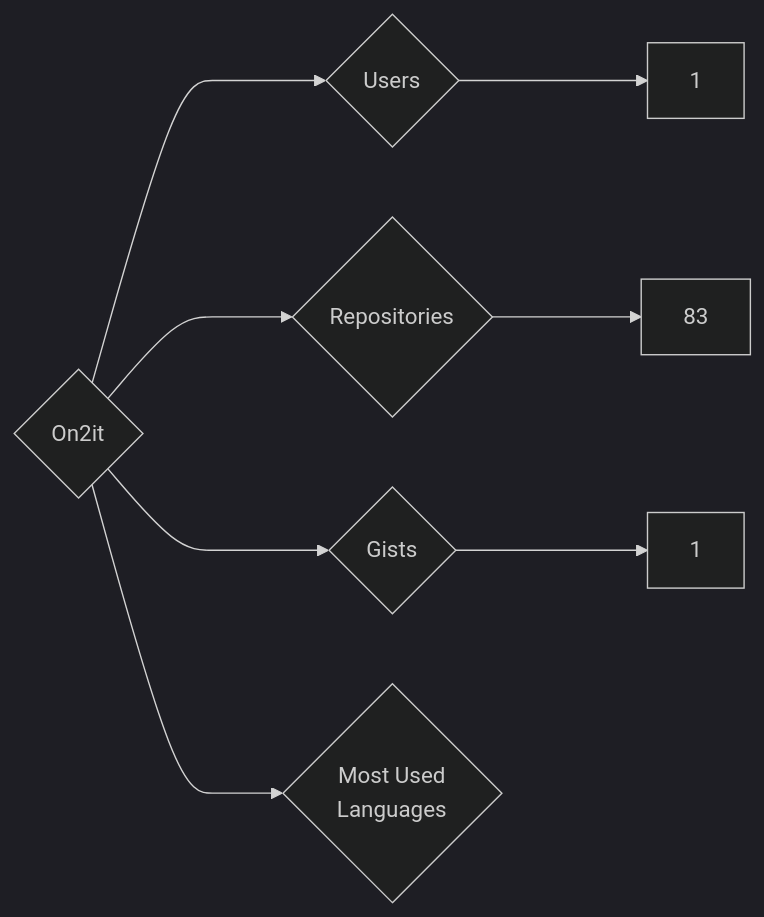
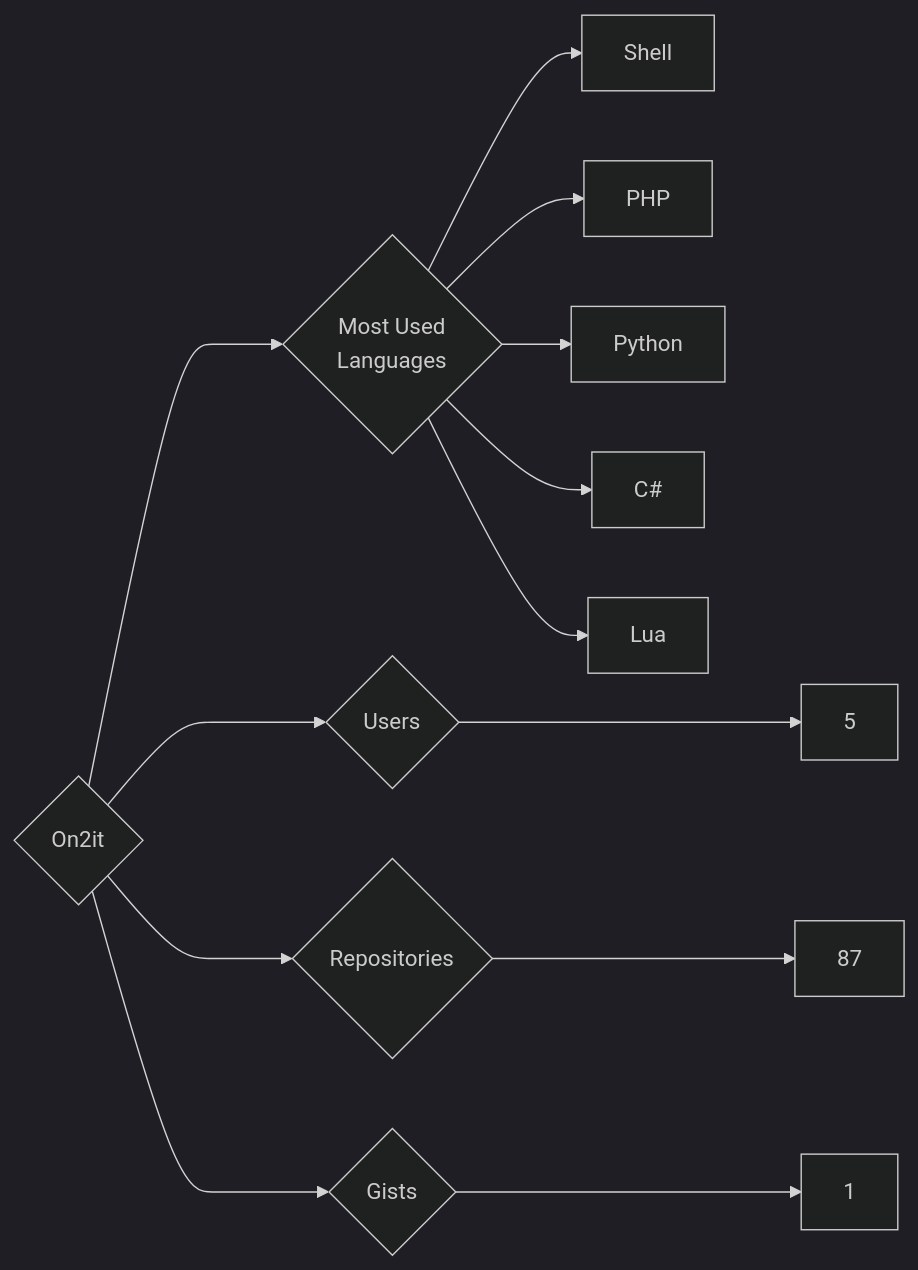
Before and after one commit to trickest/insiders: the diagram in targets/On2it/README.md, drawn with Mermaid (dark theme). The commit also changed 895 other files, not shown here.

````diff
--- a/targets/On2it/README.md
+++ b/targets/On2it/README.md
@@ -3,8 +3,13 @@
 ```mermaid
 graph LR
 COMPANY_NAME{On2it}
-COMPANY_NAME ---> U{Users} ---> UN[1]
-COMPANY_NAME ---> R{Repositories} ---> RN[83]
+COMPANY_NAME ---> U{Users} ---> UN[5]
+COMPANY_NAME ---> R{Repositories} ---> RN[87]
 COMPANY_NAME ---> G{Gists} ---> GN[1]
 COMPANY_NAME ---> ML{Most Used<br>Languages}
+ML --> Shell[Shell]
+ML --> PHP[PHP]
+ML --> Python[Python]
+ML --> C#[C#]
+ML --> Lua[Lua]
 ```
````
